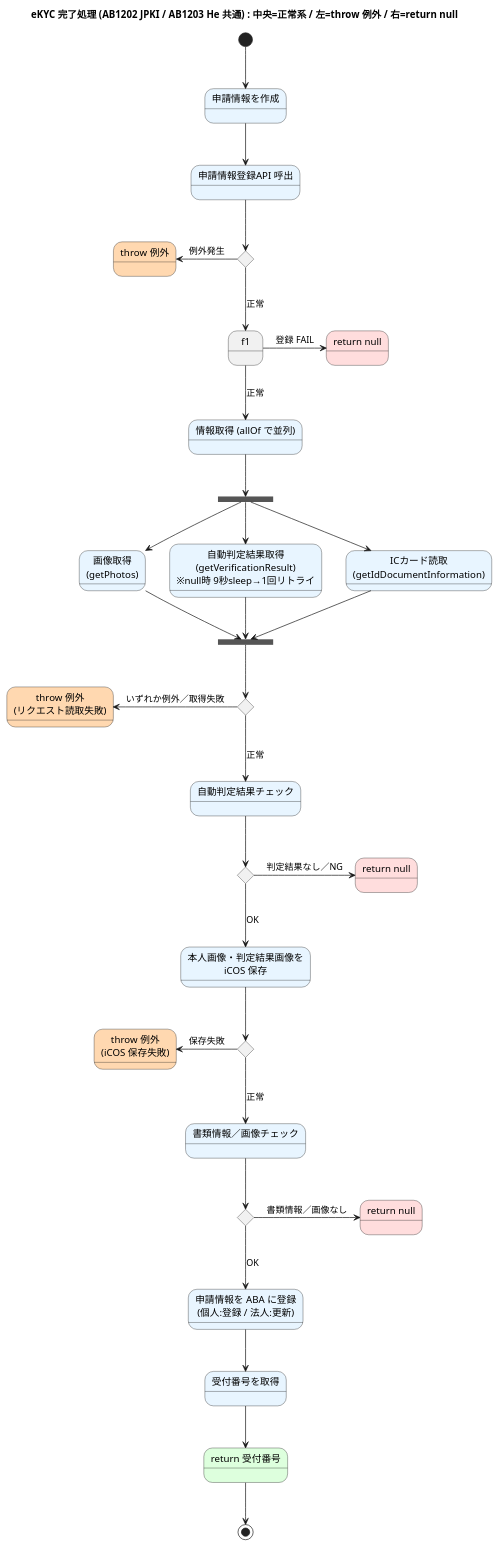
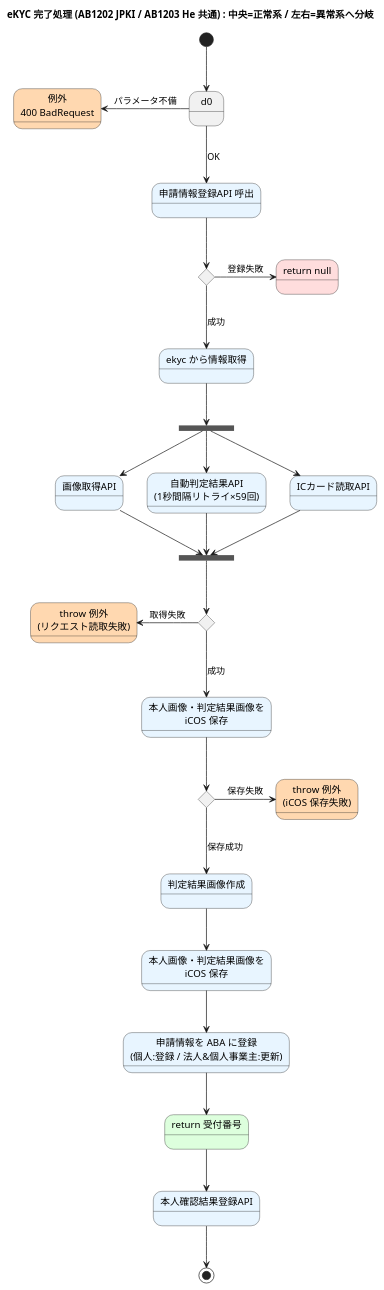
Before and after one commit to zed11213/sharing-file: the diagram in ekyc_finish_verification_state.puml, drawn with PlantUML.

```diff
--- a/ekyc_finish_verification_state.puml
+++ b/ekyc_finish_verification_state.puml
@@ -1,80 +1,67 @@
 @startuml ekyc_finish_verification_state
-title eKYC 完了処理 (AB1202 JPKI / AB1203 He 共通) : 中央=正常系 / 左=throw 例外 / 右=return null
+title eKYC 完了処理 (AB1202 JPKI / AB1203 He 共通) : 中央=正常系 / 左右=異常系へ分岐
 
 skinparam shadowing false
 
 '==== 開始 ====
-[*] --> s0
+[*] --> d0
 
-state "申請情報を作成"       as s0 #e8f5ff
-state "申請情報登録API 呼出"  as s1 #e8f5ff
-s0 --> s1
+'==== パラメータチェック（不備は左へ） ====
+state d0 <<choice>>
+state "例外\n400 BadRequest" as ex400 #ffd8b0
+d0 -left-> ex400 : パラメータ不備
+d0 -down-> s1 : OK
 
-'==== 登録API：例外チェック（左へ） ====
-state e1 <<choice>>
-state "throw 例外"          as throw1 #ffd8b0
-s1 --> e1
-e1 -left-> throw1 : 例外発生
-e1 -down-> f1 : 正常
+'==== 申請情報登録API ====
+state "申請情報登録API 呼出" as s1 #e8f5ff
+state d1 <<choice>>
+state "return null" as null1 #ffdddd
+s1 --> d1
+d1 -right-> null1 : 登録失敗
+d1 -down-> s2 : 成功
 
-'==== 登録API：FAILチェック（右へ） ====
-state f1 <<choice>>
-state "return null"         as null1 #ffdddd
-f1 -right-> null1 : 登録 FAIL
-f1 -down-> s2 : 正常
-
-'==== 情報取得（allOf 並列） ====
-state "情報取得 (allOf で並列)" as s2 #e8f5ff
+'==== ekyc から情報取得（allOf 並列） ====
+state "ekyc から情報取得" as s2 #e8f5ff
 state fork1 <<fork>>
-state "画像取得\n(getPhotos)"                              as p1 #e8f5ff
-state "自動判定結果取得\n(getVerificationResult)\n※null時 9秒sleep→1回リトライ" as p2 #e8f5ff
-state "ICカード読取\n(getIdDocumentInformation)"           as p3 #e8f5ff
+state "画像取得API"                         as p1 #e8f5ff
+state "自動判定結果API\n(1秒間隔リトライ×59回)" as p2 #e8f5ff
+state "ICカード読取API"                      as p3 #e8f5ff
 s2 --> fork1
 fork1 --> p1
 fork1 --> p2
 fork1 --> p3
 state join1 <<join>>
 p1 --> join1
 p2 --> join1
 p3 --> join1
 
-'==== 取得失敗チェック（左へ） ====
-state e2 <<choice>>
-state "throw 例外\n(リクエスト読取失敗)" as throw2 #ffd8b0
-join1 --> e2
-e2 -left-> throw2 : いずれか例外／取得失敗
-e2 -down-> s3 : 正常
+'==== 取得成功チェック（失敗は左へ） ====
+state d2 <<choice>>
+state "throw 例外\n(リクエスト読取失敗)" as ex2 #ffd8b0
+join1 --> d2
+d2 -left-> ex2 : 取得失敗
+d2 -down-> s3 : 成功
 
-'==== 自動判定結果チェック（右へ） ====
-state "自動判定結果チェック"  as s3 #e8f5ff
-state f2 <<choice>>
-state "return null"         as null2 #ffdddd
-s3 --> f2
-f2 -right-> null2 : 判定結果なし／NG
-f2 -down-> s4 : OK
+'==== 本人画像を iCOS 保存 ====
+state "本人画像・判定結果画像を\niCOS 保存" as s3 #e8f5ff
+state d3 <<choice>>
+state "throw 例外\n(iCOS 保存失敗)" as ex3 #ffd8b0
+s3 --> d3
+d3 -right-> ex3 : 保存失敗
+d3 -down-> s4 : 保存成功
 
-'==== iCOS 保存チェック（左へ） ====
-state "本人画像・判定結果画像を\niCOS 保存" as s4 #e8f5ff
-state e3 <<choice>>
-state "throw 例外\n(iCOS 保存失敗)" as throw3 #ffd8b0
-s4 --> e3
-e3 -left-> throw3 : 保存失敗
-e3 -down-> s5 : 正常
-
-'==== 書類情報／画像チェック（右へ） ====
-state "書類情報／画像チェック" as s5 #e8f5ff
-state f3 <<choice>>
-state "return null"         as null3 #ffdddd
-s5 --> f3
-f3 -right-> null3 : 書類情報／画像なし
-f3 -down-> s6 : OK
+'==== 判定結果画像作成〜再保存 ====
+state "判定結果画像作成"              as s4 #e8f5ff
+state "本人画像・判定結果画像を\niCOS 保存" as s5 #e8f5ff
+s4 --> s5
 
 '==== ABA 登録〜正常終了 ====
-state "申請情報を ABA に登録\n(個人:登録 / 法人:更新)" as s6 #e8f5ff
-state "受付番号を取得"       as s7 #e8f5ff
-state "return 受付番号"      as done #ddffdd
+state "申請情報を ABA に登録\n(個人:登録 / 法人&個人事業主:更新)" as s6 #e8f5ff
+state "return 受付番号"        as s7 #ddffdd
+state "本人確認結果登録API"     as s8 #e8f5ff
+s5 --> s6
 s6 --> s7
-s7 --> done
-done --> [*]
+s7 --> s8
+s8 --> [*]
 
 @enduml
```
